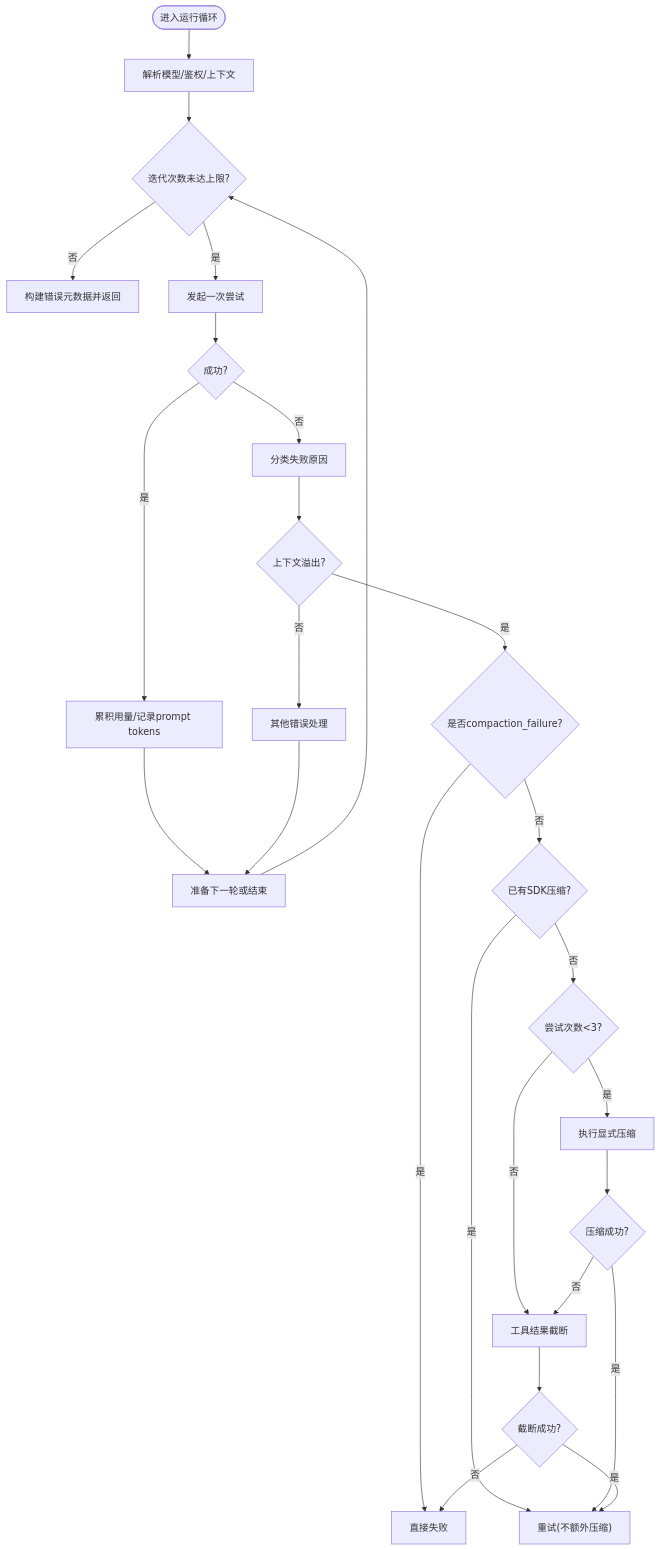
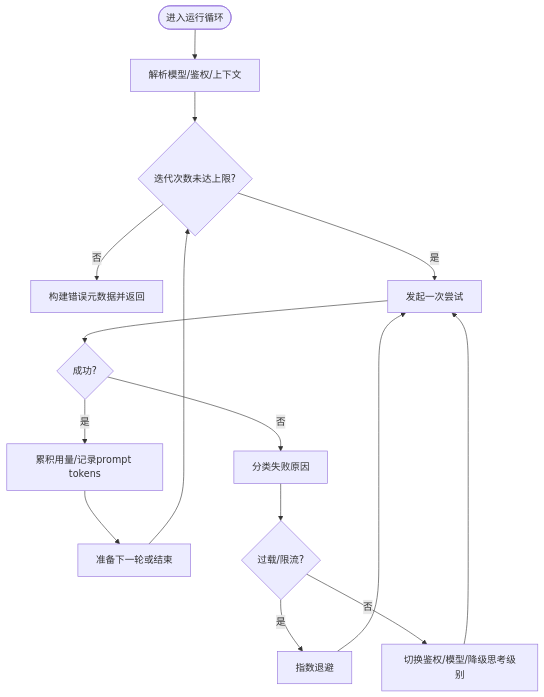
Before and after one commit to openclaw/openclaw: the third of 5 diagrams in .qoder/repowiki/zh/content/代理系统/Pi Agent运行时.md, drawn with Mermaid. The commit also changed other lines of this file and 1 other file, not shown here.

````diff
--- a/.qoder/repowiki/zh/content/代理系统/Pi Agent运行时.md
+++ b/.qoder/repowiki/zh/content/代理系统/Pi Agent运行时.md
@@ -188,28 +170,16 @@
 ```mermaid
 flowchart TD
 Start(["进入运行循环"]) --> Resolve["解析模型/鉴权/上下文"]
 Resolve --> Loop{"迭代次数未达上限?"}
 Loop --> |否| Finalize["构建错误元数据并返回"]
 Loop --> |是| Attempt["发起一次尝试"]
 Attempt --> Result{"成功?"}
 Result --> |是| Update["累积用量/记录prompt tokens"]
 Update --> Next["准备下一轮或结束"]
 Result --> |否| Classify["分类失败原因"]
-Classify --> ContextOverflow{"上下文溢出?"}
-ContextOverflow --> |是| OverflowCheck{"是否compaction_failure?"}
-OverflowCheck --> |是| GiveUp["直接失败"]
-OverflowCheck --> |否| CheckAttempt{"已有SDK压缩?"}
-CheckAttempt --> |是| Retry["重试(不额外压缩)"]
-CheckAttempt --> |否| CheckAttempts{"尝试次数<3?"}
-CheckAttempts --> |是| Compact["执行显式压缩"]
-CheckAttempts --> |否| Truncate["工具结果截断"]
-Compact --> CompactResult{"压缩成功?"}
-CompactResult --> |是| Retry
-CompactResult --> |否| Truncate
-Truncate --> TruncateResult{"截断成功?"}
-TruncateResult --> |是| Retry
-TruncateResult --> |否| GiveUp
-ContextOverflow --> |否| OtherError["其他错误处理"]
-OtherError --> Next
+Classify --> Overload{"过载/限流?"}
+Overload --> |是| Backoff["指数退避"] --> Attempt
+Overload --> |否| Fallback["切换鉴权/模型/降级思考级别"]
+Fallback --> Attempt
 Next --> Loop
 ```
````
